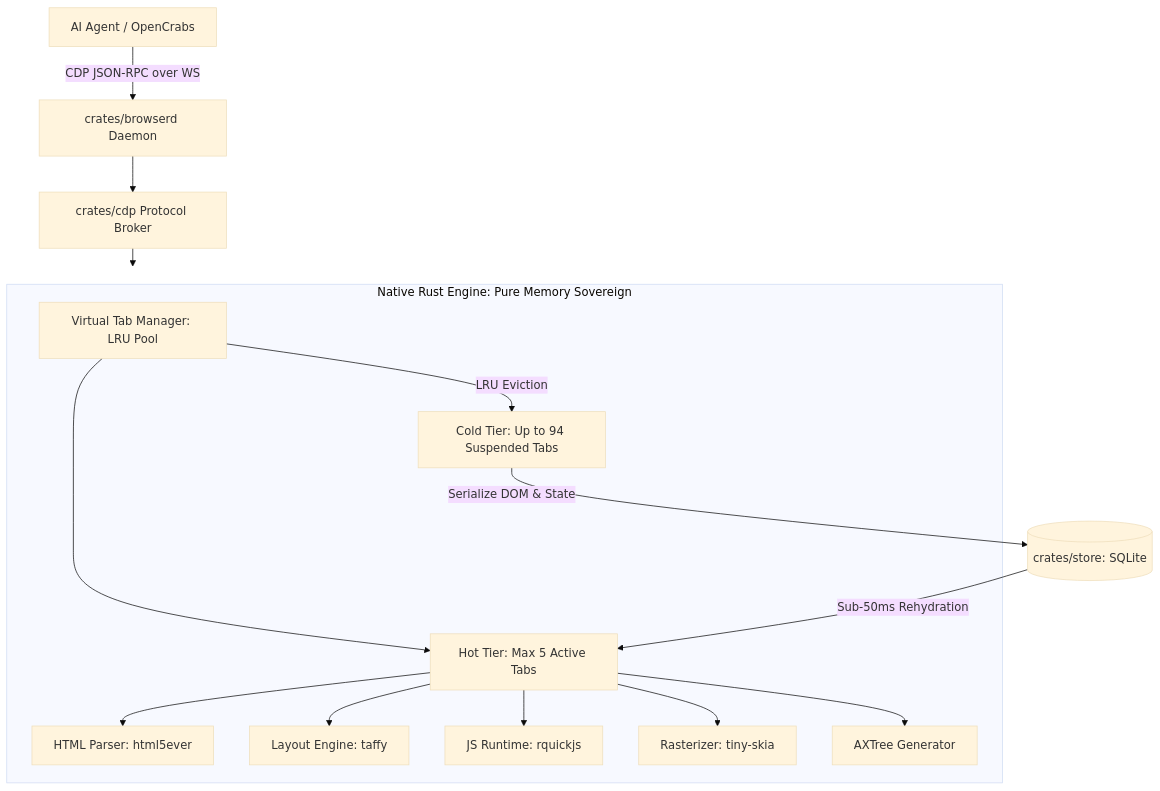
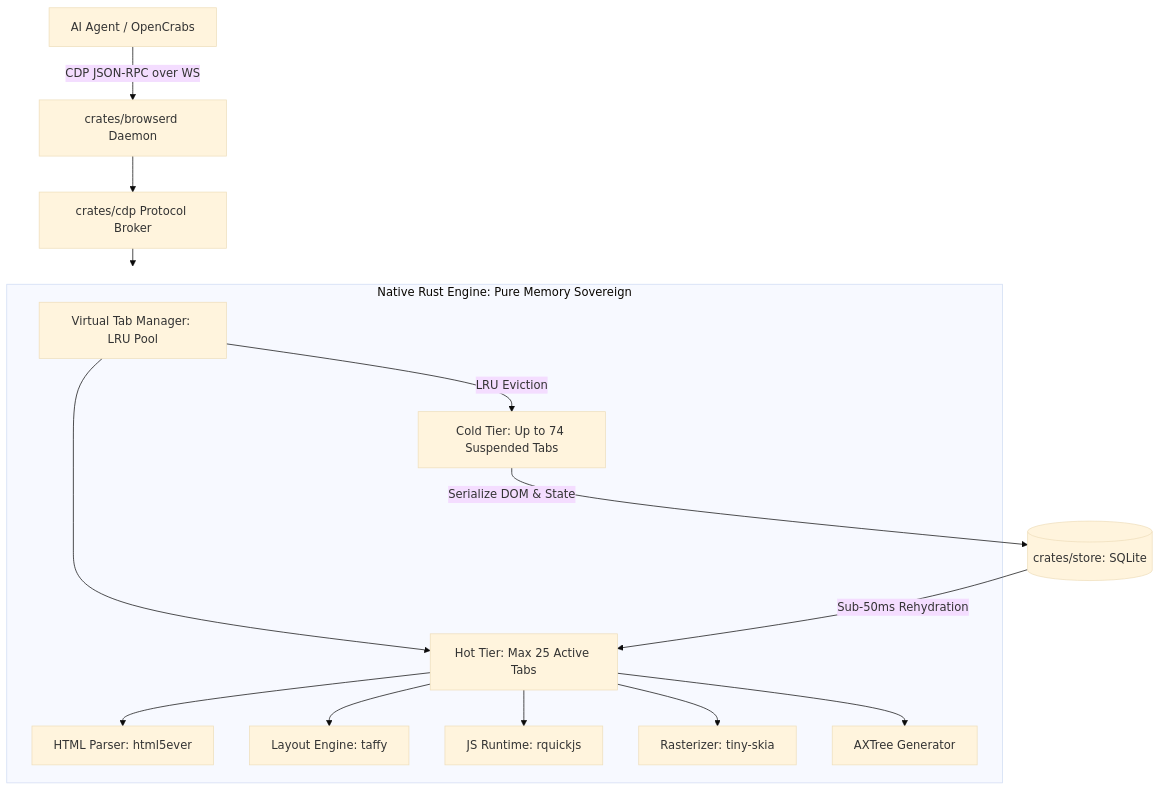
One commit to adi805/opencrabs-browser changed the first of 2 diagrams in docs/prd/PRD-MESIN-RUST 071126-1413.md. Above: the diagram before and after it, drawn with Mermaid (base theme). The commit also changed other lines of this file and 3 other files, not shown here.

````diff
--- a/docs/prd/PRD-MESIN-RUST 071126-1413.md
+++ b/docs/prd/PRD-MESIN-RUST 071126-1413.md
@@ -24,25 +24,25 @@
 ```mermaid
 flowchart TD
     A[AI Agent / OpenCrabs] -->|CDP JSON-RPC over WS| B[crates/browserd Daemon]
     B --> C[crates/cdp Protocol Broker]
     C --> D[crates/engine Native Rust Core]
     subgraph D [Native Rust Engine: Pure Memory Sovereign]
         E[Virtual Tab Manager: LRU Pool]
-        F[Hot Tier: Max 5 Active Tabs]
-        G[Cold Tier: Up to 94 Suspended Tabs]
+        F[Hot Tier: Max 25 Active Tabs]
+        G[Cold Tier: Up to 74 Suspended Tabs]
         H[HTML Parser: html5ever]
         I[Layout Engine: taffy]
         J[JS Runtime: rquickjs]
         K[Rasterizer: tiny-skia]
         L[AXTree Generator]
     end
     E --> F
     E -->|LRU Eviction| G
     G -->|Serialize DOM & State| M[(crates/store: SQLite)]
     M -->|Sub-50ms Rehydration| F
     F --> H
     F --> I
     F --> J
     F --> K
     F --> L
 ```
````
